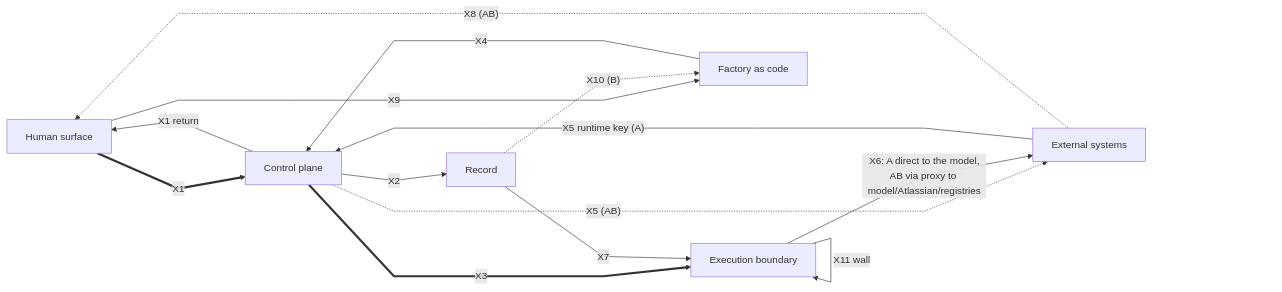
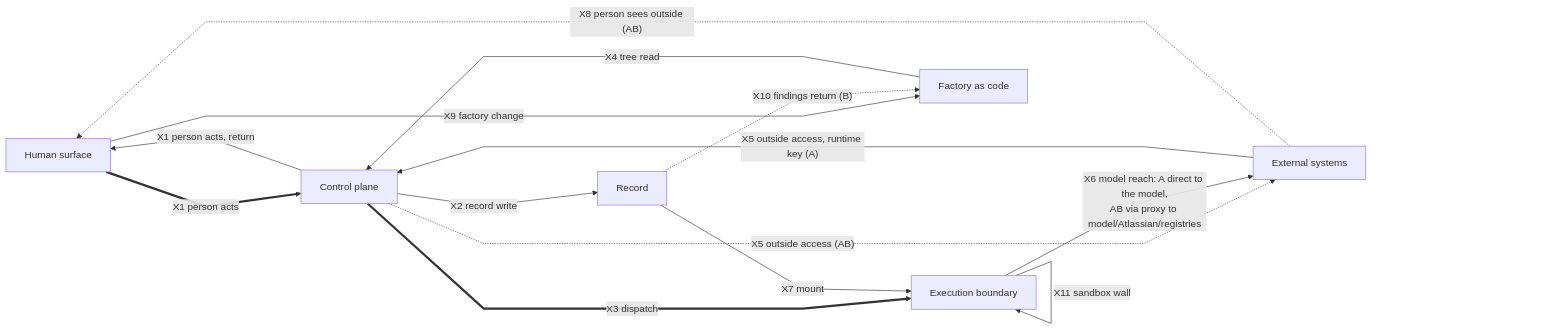
One commit to abhishekthakur7/software-factory changed the second of 2 diagrams in docs/design/hld/L1-bird-view.md. Above: the diagram before and after it, drawn with Mermaid. The commit also changed other lines of this file and 9 other files, not shown here.

Commit message:
Name every code on the HLD pictures; add the short-name legend and fix the broken sequence diagram

````diff
--- a/docs/design/hld/L1-bird-view.md
+++ b/docs/design/hld/L1-bird-view.md
@@ -151,31 +167,31 @@
 ```mermaid
 %%{init: {"flowchart": {"nodeSpacing": 60, "rankSpacing": 150, "curve": "linear"}}}%%
 flowchart LR
   D1["Human surface"]
   D2["Control plane"]
   D3["Execution boundary"]
   D4["Record"]
   D5["Factory as code"]
   D6["External systems"]
 
-  D1 ==>|"X1"| D2
-  D2 -->|"X1 return"| D1
-  D2 -->|"X2"| D4
-  D2 ==>|"X3"| D3
-  D5 -->|"X4"| D2
-  D2 -.->|"X5 (AB)"| D6
-  D6 -->|"X5 runtime key (A)"| D2
-  D3 -->|"X6: A direct to the model,<br/>AB via proxy to model/Atlassian/registries"| D6
-  D4 -->|"X7"| D3
-  D6 -.->|"X8 (AB)"| D1
-  D1 -->|"X9"| D5
-  D4 -.->|"X10 (B)"| D5
-  D3 -->|"X11 wall"| D3
+  D1 ==>|"X1 person acts"| D2
+  D2 -->|"X1 person acts, return"| D1
+  D2 -->|"X2 record write"| D4
+  D2 ==>|"X3 dispatch"| D3
+  D5 -->|"X4 tree read"| D2
+  D2 -.->|"X5 outside access (AB)"| D6
+  D6 -->|"X5 outside access, runtime key (A)"| D2
+  D3 -->|"X6 model reach: A direct to the model,<br/>AB via proxy to model/Atlassian/registries"| D6
+  D4 -->|"X7 mount"| D3
+  D6 -.->|"X8 person sees outside (AB)"| D1
+  D1 -->|"X9 factory change"| D5
+  D4 -.->|"X10 findings return (B)"| D5
+  D3 -->|"X11 sandbox wall"| D3
 
   %% layout hints only: invisible ties, no visible line or meaning
   D1 ~~~ D2
   D2 ~~~ D3
   D3 ~~~ D6
   D2 ~~~ D5
   D2 ~~~ D4
 ```
````
